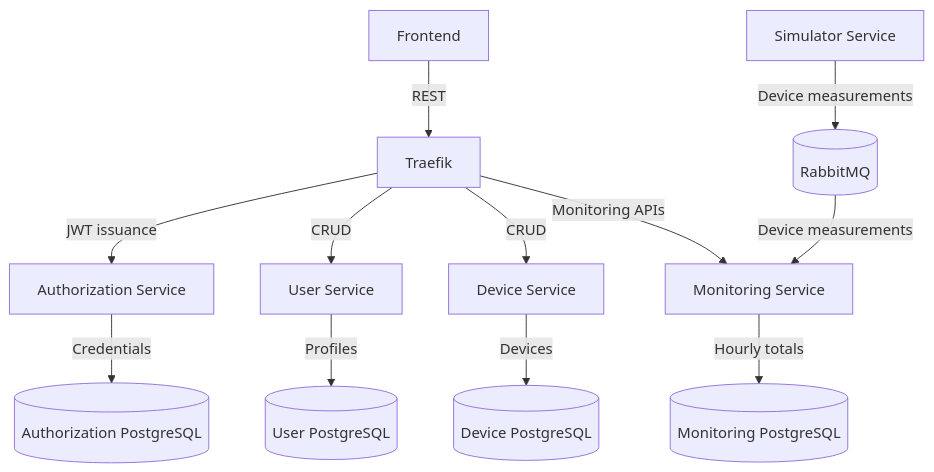
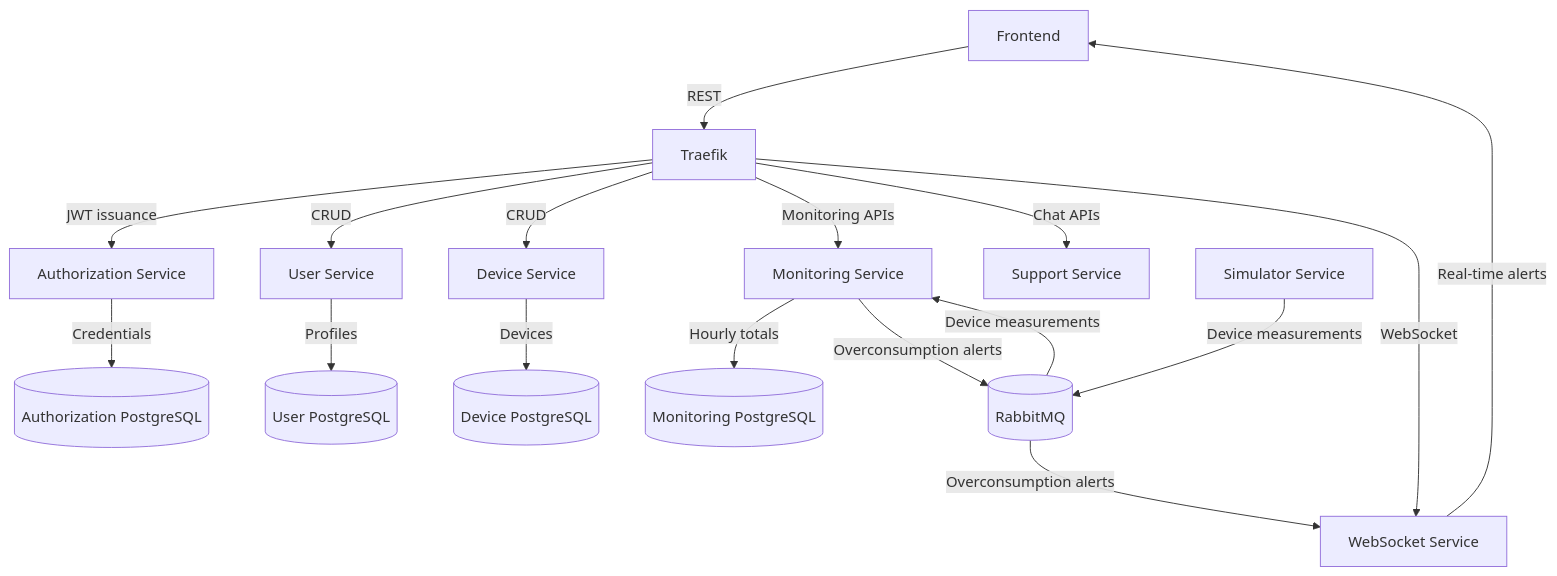
The diagram in docs/architecture.md (razvanrsx/hatzs), drawn with Mermaid before and after one commit. The commit also changed other lines of this file and 22 other files, not shown here.

Commit message:
Add websocket alerts and rule-based support chatbot

````diff
--- a/docs/architecture.md
+++ b/docs/architecture.md
@@ -5,15 +5,20 @@
 ```mermaid
 flowchart TD
     FE[Frontend]
     FE -->|REST| TR[Traefik]
     TR -->|JWT issuance| AUTH[Authorization Service]
     TR -->|CRUD| USER[User Service]
     TR -->|CRUD| DEVICE[Device Service]
     TR -->|Monitoring APIs| MON[Monitoring Service]
+    TR -->|Chat APIs| SUP[Support Service]
+    TR -->|WebSocket| WS[WebSocket Service]
     AUTH -->|Credentials| CredStore[(Authorization PostgreSQL)]
     USER -->|Profiles| UserStore[(User PostgreSQL)]
     DEVICE -->|Devices| DeviceStore[(Device PostgreSQL)]
     MON -->|Hourly totals| MonStore[(Monitoring PostgreSQL)]
     SIM[Simulator Service] -->|Device measurements| MQ[(RabbitMQ)]
     MQ -->|Device measurements| MON
+    MON -->|Overconsumption alerts| MQ
+    MQ -->|Overconsumption alerts| WS
+    WS -->|Real-time alerts| FE
 ```
````
